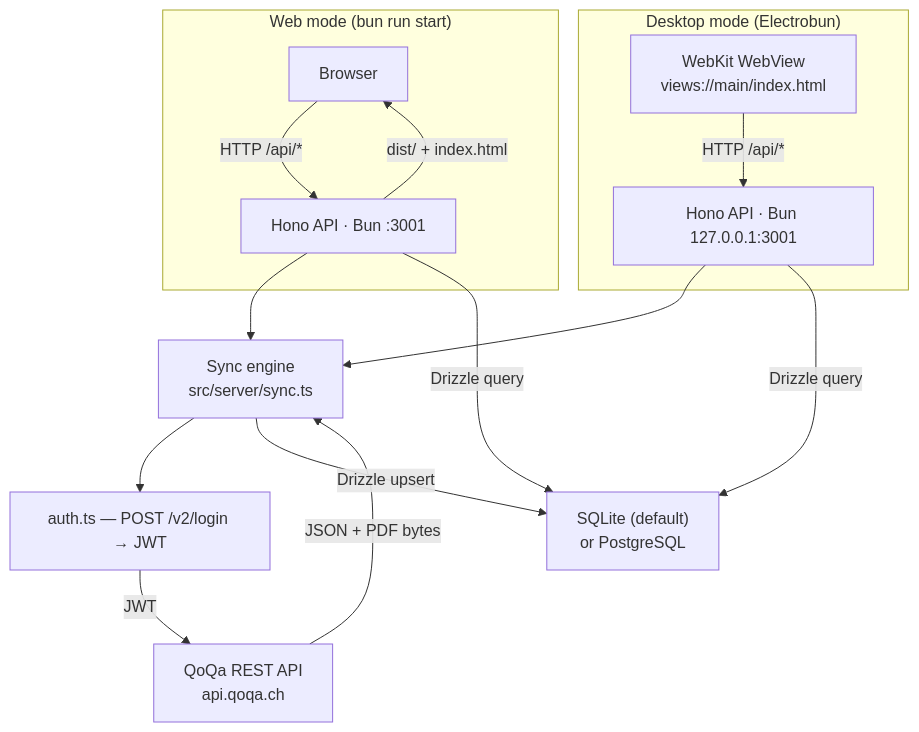
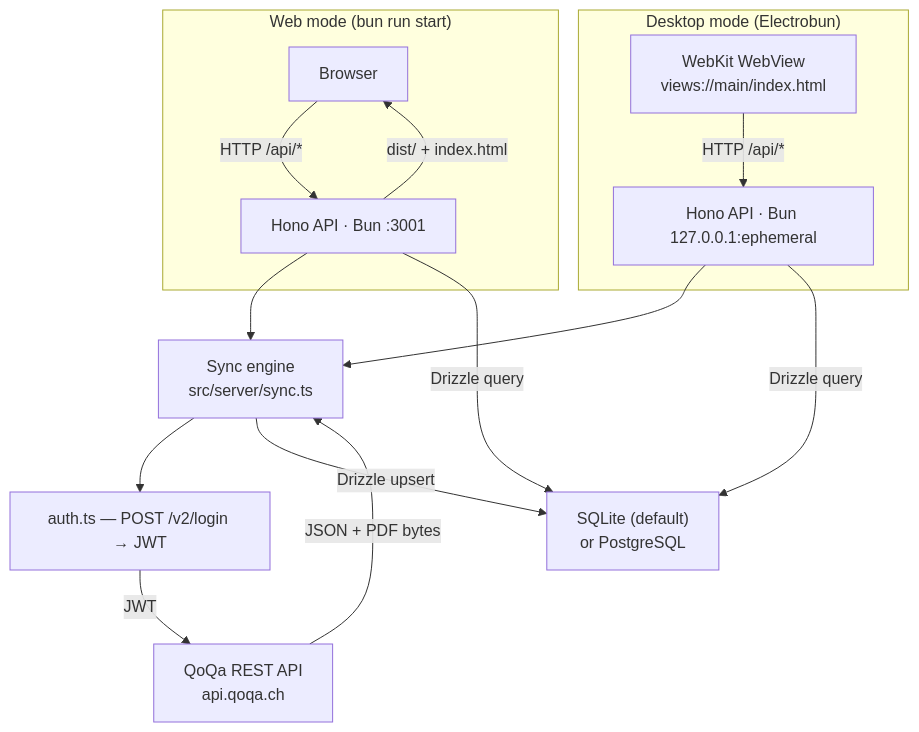
One commit to nyg/qoqa-compta changed the diagram in docs/architecture.md. Above: the diagram before and after it, drawn with Mermaid. The commit also changed other lines of this file and 2 other files, not shown here.

Commit message:
fix(desktop): let the API server take an OS-assigned port (#113)

````diff
--- a/docs/architecture.md
+++ b/docs/architecture.md
@@ -21,29 +21,29 @@
 ```mermaid
 flowchart TD
     subgraph WEB["Web mode (bun run start)"]
         Browser["Browser"]
         HonoWeb["Hono API · Bun :3001"]
         Browser -->|"HTTP /api/*"| HonoWeb
         HonoWeb -->|"dist/ + index.html"| Browser
     end
 
     subgraph DESKTOP["Desktop mode (Electrobun)"]
         WebView["WebKit WebView\nviews://main/index.html"]
-        HonoDesk["Hono API · Bun 127.0.0.1:3001"]
+        HonoDesk["Hono API · Bun 127.0.0.1:ephemeral"]
         WebView -->|"HTTP /api/*"| HonoDesk
     end
 
     Sync["Sync engine\nsrc/server/sync.ts"]
     Auth["auth.ts — POST /v2/login → JWT"]
     QoqaAPI["QoQa REST API\napi.qoqa.ch"]
     DB["SQLite (default)\nor PostgreSQL"]
 
     HonoWeb --> Sync
     HonoDesk --> Sync
     Sync --> Auth
     Auth -->|JWT| QoqaAPI
     QoqaAPI -->|"JSON + PDF bytes"| Sync
     Sync -->|Drizzle upsert| DB
     HonoWeb -->|Drizzle query| DB
     HonoDesk -->|Drizzle query| DB
 ```
````
